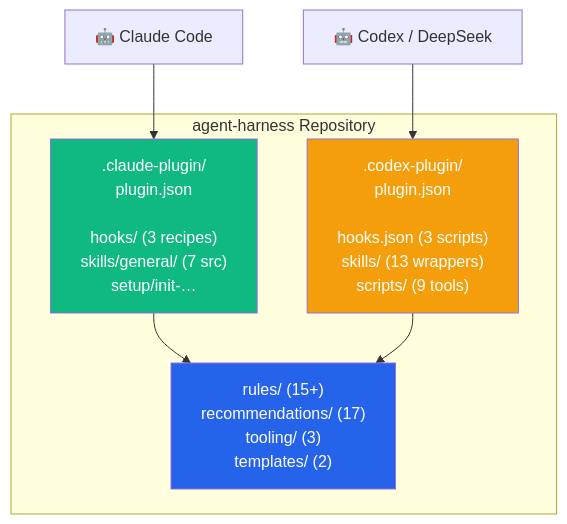
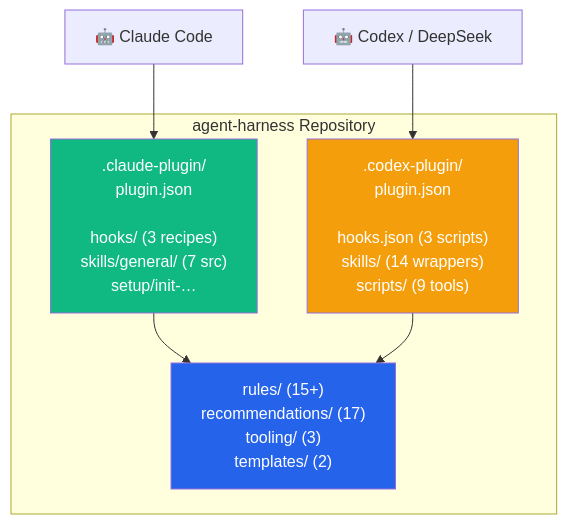
One commit to jajupmochi/agent-harness changed the diagram in README.md. Above: the diagram before and after it, drawn with Mermaid. The commit also changed other lines of this file and 18 other files, not shown here.

````diff
--- a/README.md
+++ b/README.md
@@ -231,17 +234,17 @@
 ```mermaid
 graph TD
     subgraph "agent-harness Repository"
         CC[".claude-plugin/<br/>plugin.json<br/><br/>hooks/ (3 recipes)<br/>skills/general/ (7 src)<br/>setup/init-…"]
-        CX[".codex-plugin/<br/>plugin.json<br/><br/>hooks.json (3 scripts)<br/>skills/ (13 wrappers)<br/>scripts/ (9 tools)"]
+        CX[".codex-plugin/<br/>plugin.json<br/><br/>hooks.json (3 scripts)<br/>skills/ (14 wrappers)<br/>scripts/ (9 tools)"]
         SHARED["rules/ (15+)<br/>recommendations/ (17)<br/>tooling/ (3)<br/>templates/ (2)"]
     end
 
     CLAUDE["🤖 Claude Code"] --> CC
     CODEX["🤖 Codex / DeepSeek"] --> CX
     CC --> SHARED
     CX --> SHARED
 
     style SHARED fill:#2563EB,color:#fff
     style CC fill:#10B981,color:#fff
     style CX fill:#F59E0B,color:#fff
 ```
````
